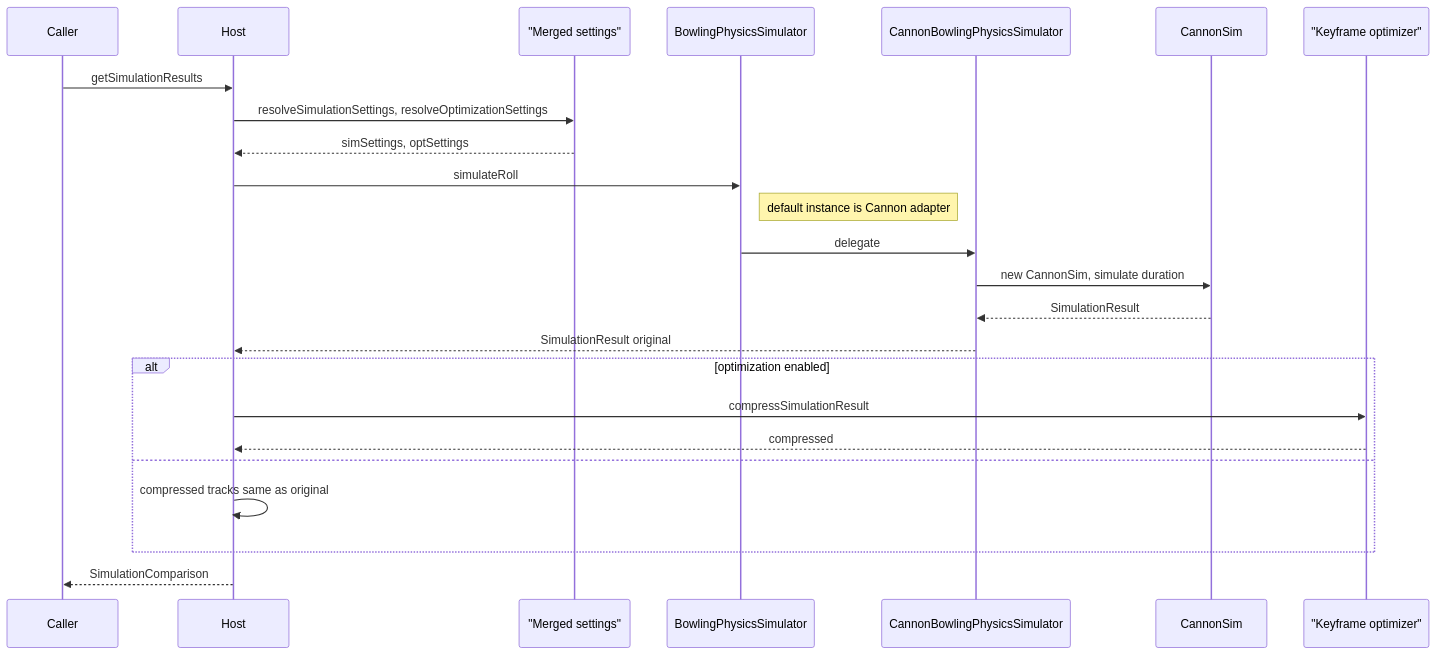
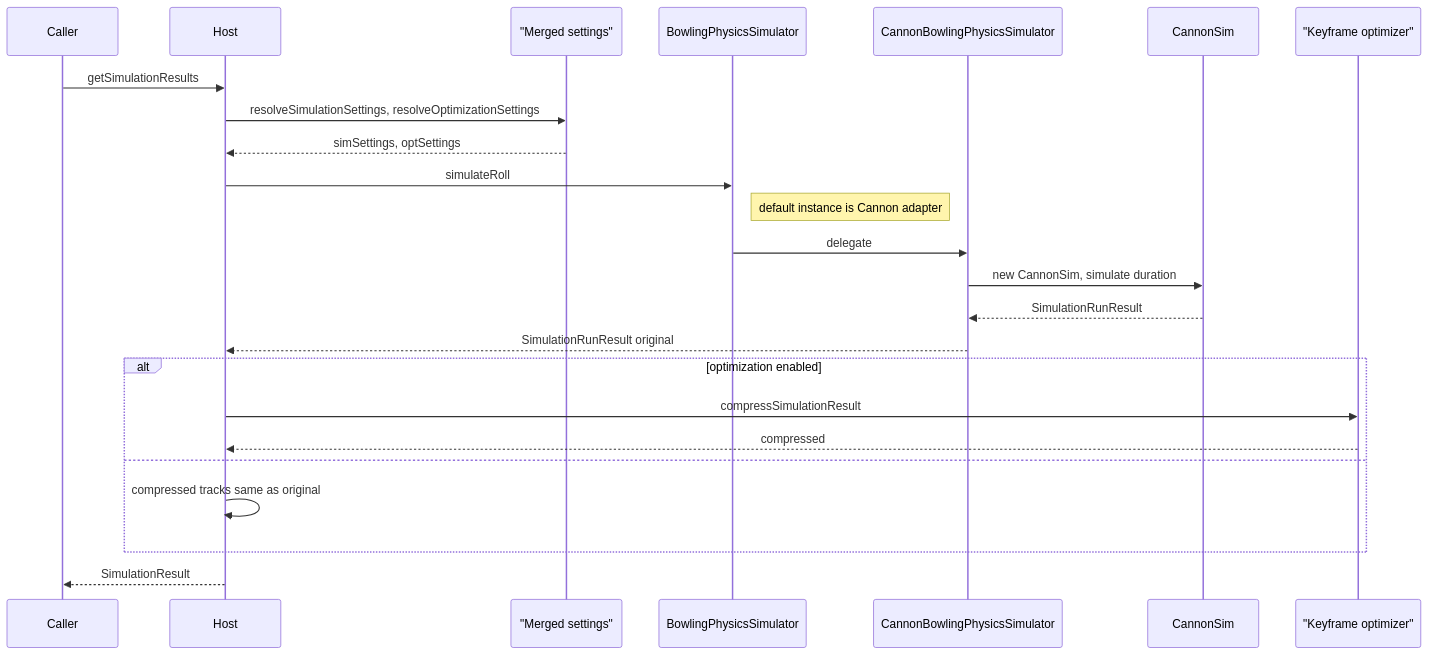
Before and after one commit to stom66/dcl-bowling-visualiser: the third of 3 diagrams in src/bowling/physics/README.md, drawn with Mermaid. The commit also changed other lines of this file and 9 other files, not shown here.

````diff
--- a/src/bowling/physics/README.md
+++ b/src/bowling/physics/README.md
@@ -115,27 +183,27 @@
 ```mermaid
 sequenceDiagram
     participant Caller
     participant Host
     participant R as "Merged settings"
     participant I as BowlingPhysicsSimulator
     participant A as CannonBowlingPhysicsSimulator
     participant E as CannonSim
     participant K as "Keyframe optimizer"
 
     Caller->>Host: getSimulationResults
     Host->>R: resolveSimulationSettings, resolveOptimizationSettings
     R-->>Host: simSettings, optSettings
     Host->>I: simulateRoll
     note right of I: default instance is Cannon adapter
     I->>A: delegate
     A->>E: new CannonSim, simulate duration
-    E-->>A: SimulationResult
-    A-->>Host: SimulationResult original
+    E-->>A: SimulationRunResult
+    A-->>Host: SimulationRunResult original
     alt optimization enabled
         Host->>K: compressSimulationResult
         K-->>Host: compressed
     else
         Host->>Host: compressed tracks same as original
     end
-    Host-->>Caller: SimulationComparison
+    Host-->>Caller: SimulationResult
 ```
````
